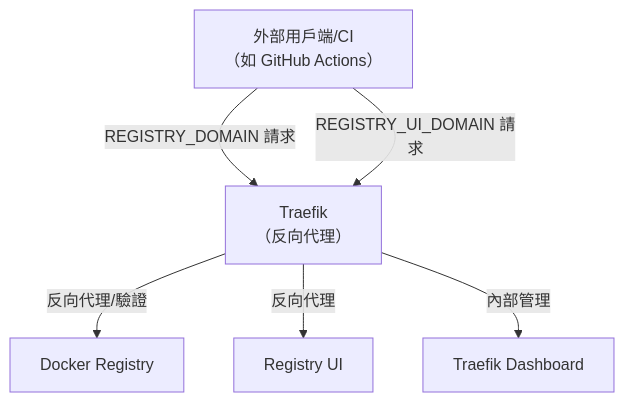
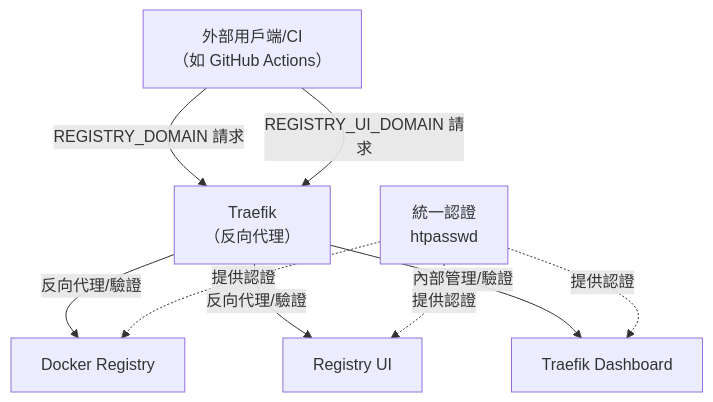
Before and after one commit to markx2008/OneClickRegistry: the diagram in README.md, drawn with Mermaid. The commit also changed other lines of this file and 1 other file, not shown here.

Commit message:
更新 README.md 和 start.sh，新增統一認證機制說明，調整認證資訊的提示與處理流程，確保相同的 htpasswd 認證可用於 Registry 登入、UI 存取及 Traefik Dashboard。

````diff
--- a/README.md
+++ b/README.md
@@ -15,14 +16,18 @@
 ```mermaid
 graph TD
     A[外部用戶端/CI<br>（如 GitHub Actions）]
     B[Traefik<br>（反向代理）]
     C[Docker Registry]
     D[Registry UI]
     E[Traefik Dashboard]
+    F[統一認證<br>htpasswd]
 
     A -- REGISTRY_DOMAIN 請求 --> B
     A -- REGISTRY_UI_DOMAIN 請求 --> B
     B -- 反向代理/驗證 --> C
-    B -- 反向代理 --> D
-    B -- 內部管理 --> E
+    B -- 反向代理/驗證 --> D
+    B -- 內部管理/驗證 --> E
+    F -. 提供認證 .-> C
+    F -. 提供認證 .-> D
+    F -. 提供認證 .-> E
 ```
````
